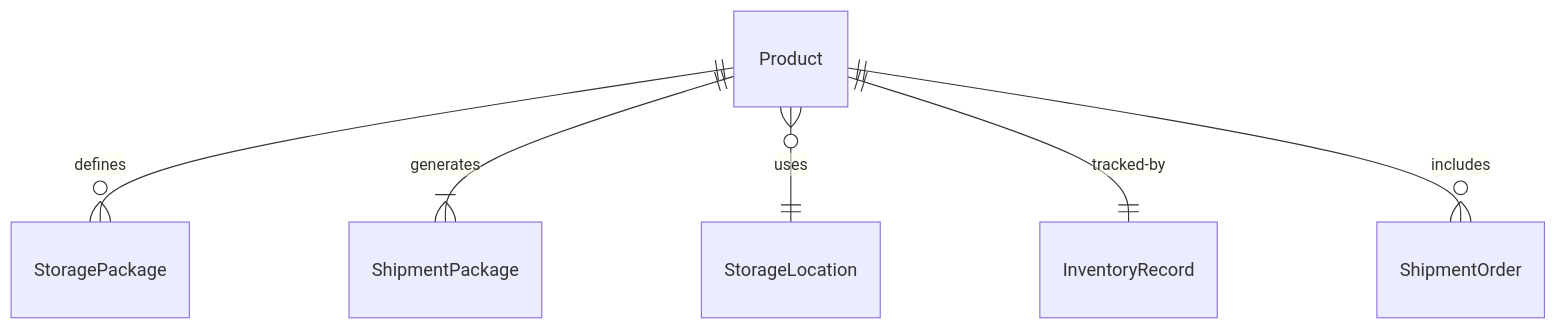
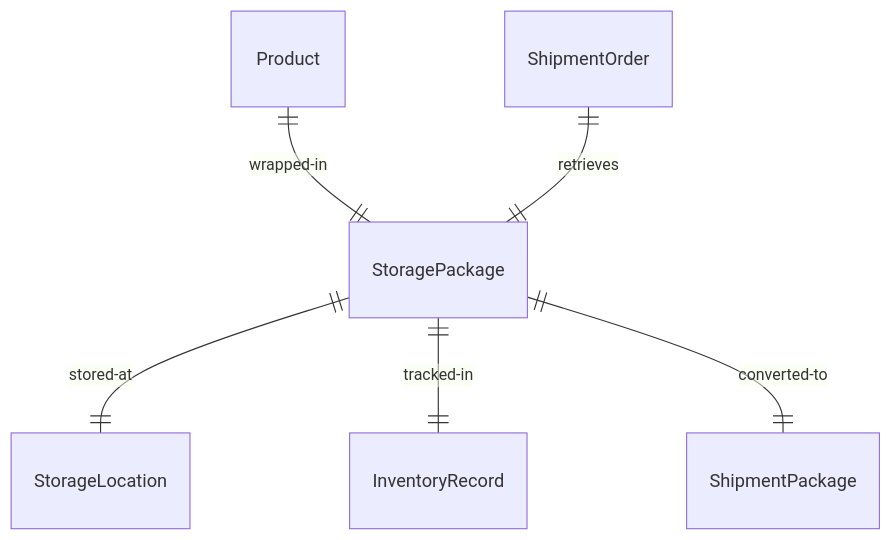
One commit to dot-org-ai/tasks.org.ai changed the first of 4 diagrams in HandlingAndMovingObjects/PackageObjects/PackageProductsStorageShipment.mdx. Above: the diagram before and after it, drawn with Mermaid. The commit also changed other lines of this file and 515 other files, not shown here.

````diff
--- a/HandlingAndMovingObjects/PackageObjects/PackageProductsStorageShipment.mdx
+++ b/HandlingAndMovingObjects/PackageObjects/PackageProductsStorageShipment.mdx
@@ -89,8 +89,8 @@
 ```mermaid
 erDiagram
-    Product ||--o{ StoragePackage : "defines"
-    Product ||--|{ ShipmentPackage : "generates"
-    Product }o--|| StorageLocation : "uses"
-    Product ||--|| InventoryRecord : "tracked-by"
-    Product ||--o{ ShipmentOrder : "includes"
+    Product ||--|| StoragePackage : "wrapped-in"
+    StoragePackage ||--|| StorageLocation : "stored-at"
+    StoragePackage ||--|| InventoryRecord : "tracked-in"
+    ShipmentOrder ||--|| StoragePackage : "retrieves"
+    StoragePackage ||--|| ShipmentPackage : "converted-to"
 ```
````
